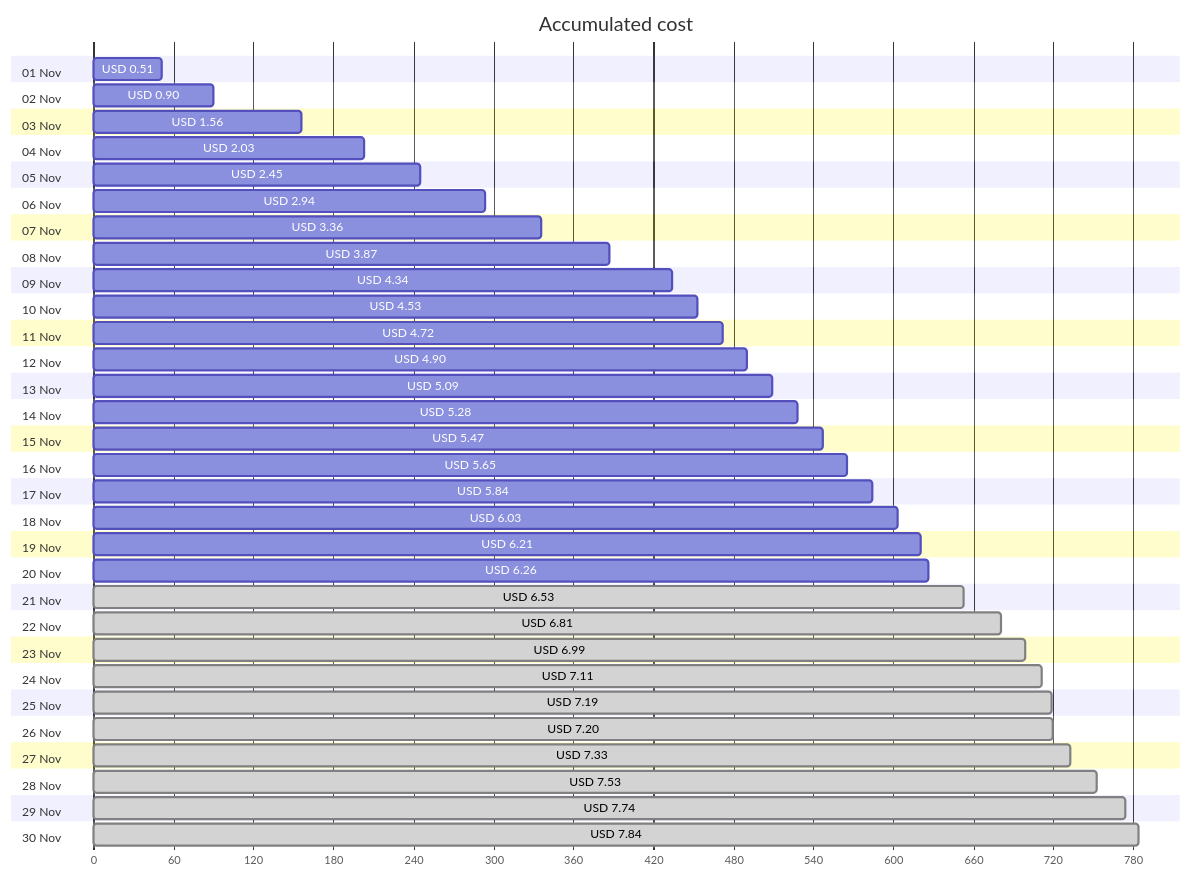
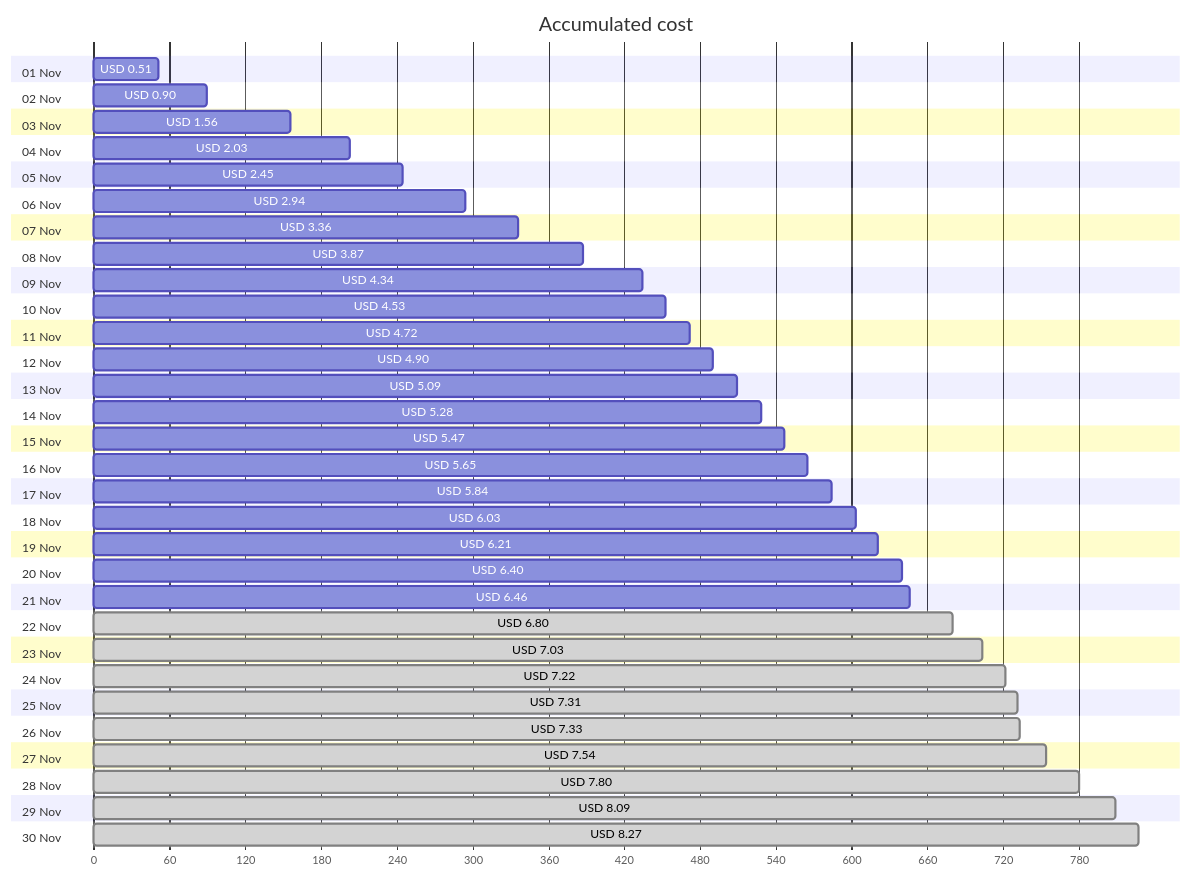
Before and after one commit to jpfulton/azure-personal-reports: the first of 4 diagrams in cost-reports/personal-network/vpn-server.md, drawn with Mermaid. The commit also changed other lines of this file and 8 other files, not shown here.

````diff
--- a/cost-reports/personal-network/vpn-server.md
+++ b/cost-reports/personal-network/vpn-server.md
@@ -20,66 +20,66 @@
 ```mermaid
 gantt
    title Accumulated cost
    dateFormat  X
    axisFormat %s
    section 01 Nov
    USD 0.51 :0, 51
    section 02 Nov
    USD 0.90 :0, 90
    section 03 Nov
    USD 1.56 :0, 156
    section 04 Nov
    USD 2.03 :0, 203
    section 05 Nov
    USD 2.45 :0, 245
    section 06 Nov
    USD 2.94 :0, 294
    section 07 Nov
    USD 3.36 :0, 336
    section 08 Nov
    USD 3.87 :0, 387
    section 09 Nov
    USD 4.34 :0, 434
    section 10 Nov
    USD 4.53 :0, 453
    section 11 Nov
    USD 4.72 :0, 472
    section 12 Nov
    USD 4.90 :0, 490
    section 13 Nov
    USD 5.09 :0, 509
    section 14 Nov
    USD 5.28 :0, 528
    section 15 Nov
    USD 5.47 :0, 547
    section 16 Nov
    USD 5.65 :0, 565
    section 17 Nov
    USD 5.84 :0, 584
    section 18 Nov
    USD 6.03 :0, 603
    section 19 Nov
    USD 6.21 :0, 621
    section 20 Nov
-   USD 6.26 :0, 626
+   USD 6.40 :0, 640
    section 21 Nov
-   USD 6.53 : done, 0, 653
+   USD 6.46 :0, 646
    section 22 Nov
-   USD 6.81 : done, 0, 681
+   USD 6.80 : done, 0, 680
    section 23 Nov
-   USD 6.99 : done, 0, 699
+   USD 7.03 : done, 0, 703
    section 24 Nov
-   USD 7.11 : done, 0, 711
+   USD 7.22 : done, 0, 722
    section 25 Nov
-   USD 7.19 : done, 0, 719
+   USD 7.31 : done, 0, 731
    section 26 Nov
-   USD 7.20 : done, 0, 720
+   USD 7.33 : done, 0, 733
    section 27 Nov
-   USD 7.33 : done, 0, 733
+   USD 7.54 : done, 0, 754
    section 28 Nov
-   USD 7.53 : done, 0, 753
+   USD 7.80 : done, 0, 780
    section 29 Nov
-   USD 7.74 : done, 0, 774
+   USD 8.09 : done, 0, 809
    section 30 Nov
-   USD 7.84 : done, 0, 784
+   USD 8.27 : done, 0, 827
 ```
````
